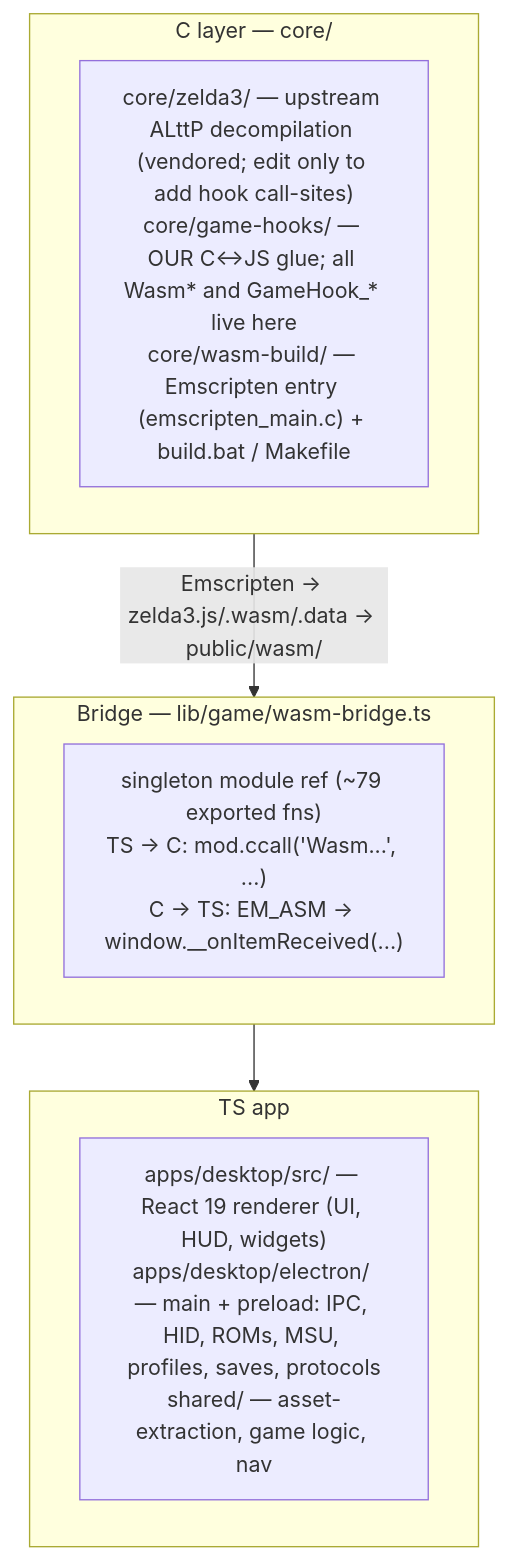
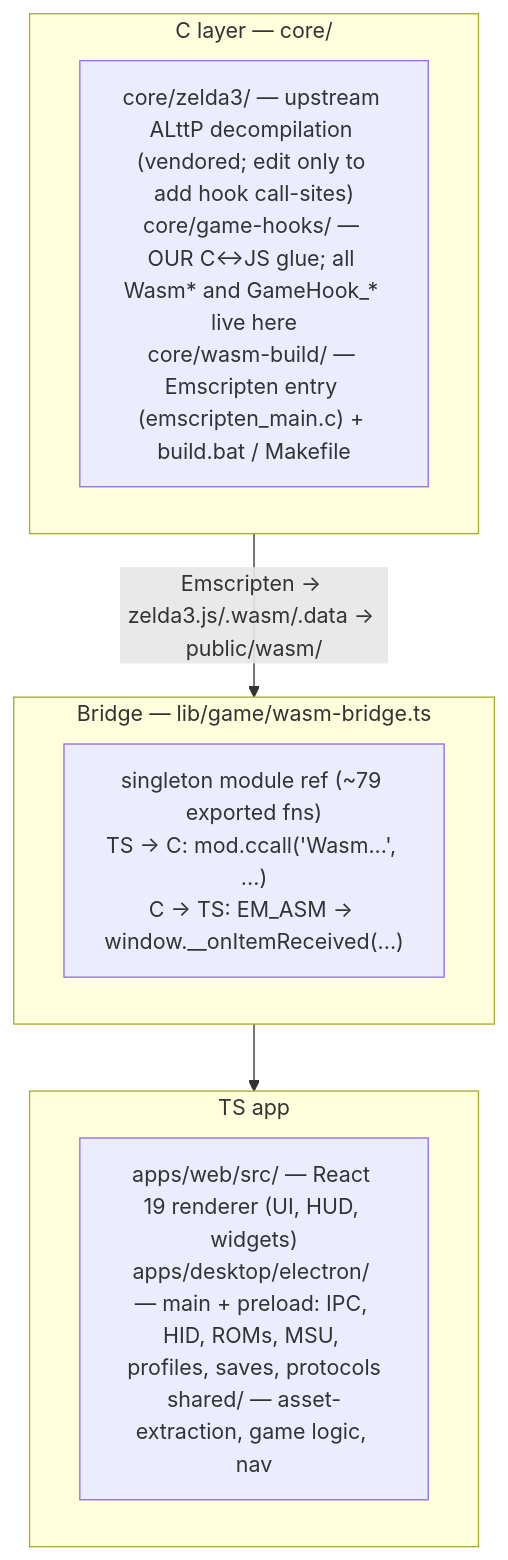
Before and after one commit to drizztdourden08/relic-of-the-past: the diagram in CLAUDE.md, drawn with Mermaid. The commit also changed other lines of this file and 1186 other files, not shown here.

Commit message:
refactor: move the renderer into apps/web (platform split)

````diff
--- a/CLAUDE.md
+++ b/CLAUDE.md
@@ -10,14 +10,14 @@
 ```mermaid
 flowchart TD
     subgraph CORE["C layer — core/"]
         Z["core/zelda3/ — upstream ALttP decompilation (vendored; edit only to add hook call-sites)<br/>core/game-hooks/ — OUR C↔JS glue; all Wasm* and GameHook_* live here<br/>core/wasm-build/ — Emscripten entry (emscripten_main.c) + build.bat / Makefile"]
     end
     subgraph BRIDGE["Bridge — lib/game/wasm-bridge.ts"]
         B["singleton module ref (~79 exported fns)<br/>TS → C: mod.ccall('Wasm...', ...)<br/>C → TS: EM_ASM → window.__onItemReceived(...)"]
     end
     subgraph APP["TS app"]
-        A["apps/desktop/src/ — React 19 renderer (UI, HUD, widgets)<br/>apps/desktop/electron/ — main + preload: IPC, HID, ROMs, MSU, profiles, saves, protocols<br/>shared/ — asset-extraction, game logic, nav"]
+        A["apps/web/src/ — React 19 renderer (UI, HUD, widgets)<br/>apps/desktop/electron/ — main + preload: IPC, HID, ROMs, MSU, profiles, saves, protocols<br/>shared/ — asset-extraction, game logic, nav"]
     end
     CORE -->|"Emscripten → zelda3.js/.wasm/.data → public/wasm/"| BRIDGE
     BRIDGE --> APP
 ```
````
